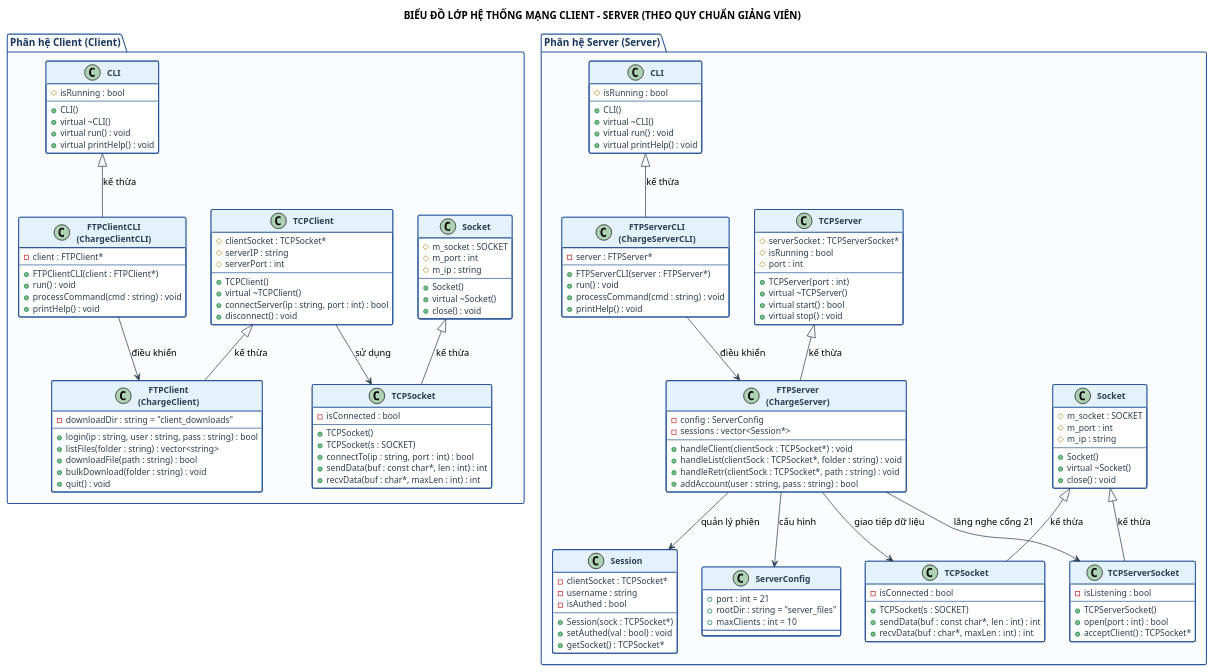
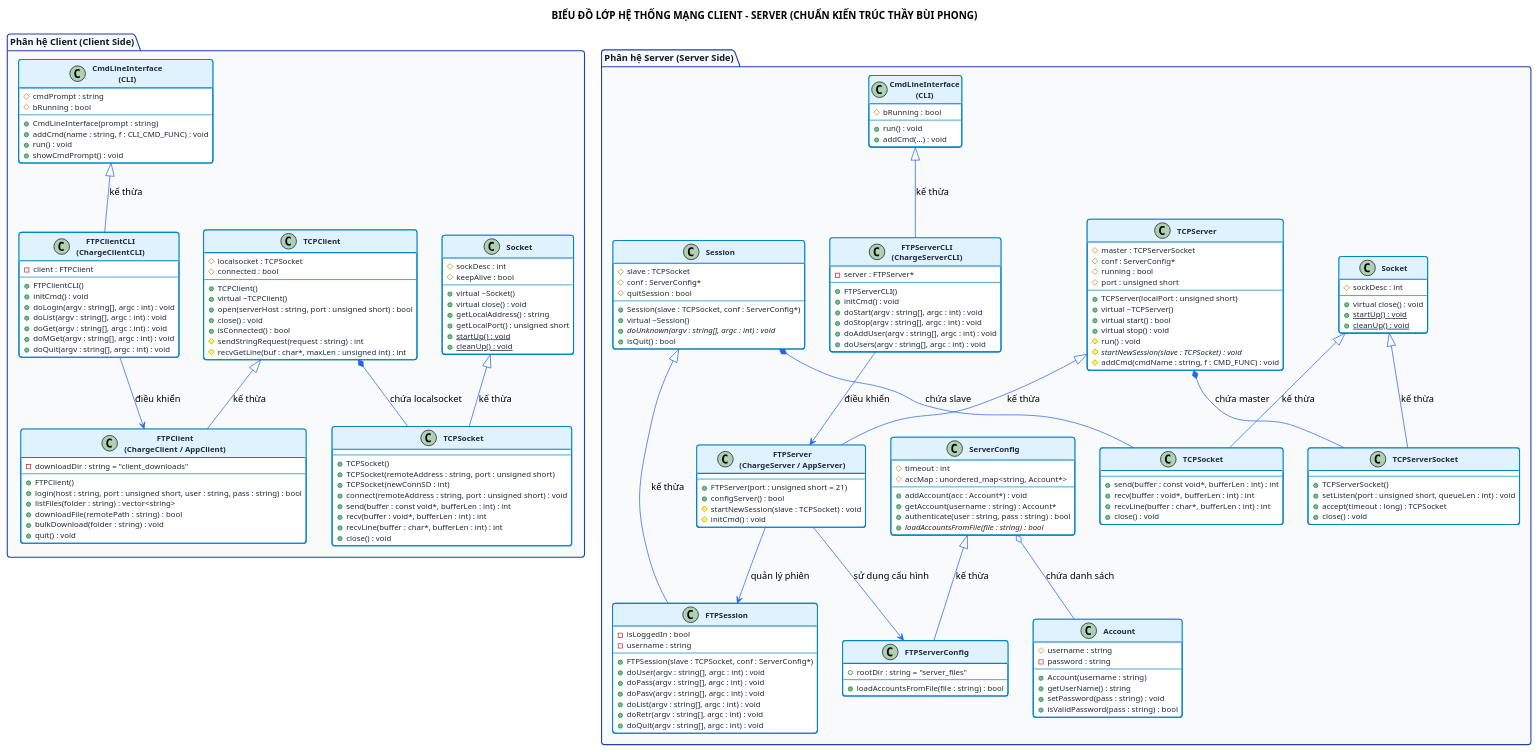
Before and after one commit to leminhtuk69huce-bit/DoAnLTMHT: the diagram in docs/BieuDoLop_YeuCauCuaThay.puml, drawn with PlantUML. The commit also changed 36 other files, not shown here.

Commit message:
Refactor: Chuyen doi 100% sang framework Socket va CLI huong doi tuong cua Thay, cap nhat bieu do lop mau sang de doc, bo sung huong dan giai thich cho thay

```diff
--- a/docs/BieuDoLop_YeuCauCuaThay.puml
+++ b/docs/BieuDoLop_YeuCauCuaThay.puml
@@ -1,198 +1,246 @@
 @startuml
-skinparam defaultFontName "Times New Roman"
-skinparam classFontSize 13
-skinparam classAttributeFontSize 12
-skinparam packageFontSize 14
-skinparam roundCorner 5
+skinparam defaultFontName "Segoe UI"
+skinparam classFontSize 12
+skinparam classAttributeFontSize 11
+skinparam packageFontSize 13
+skinparam roundCorner 8
 skinparam shadowing false
 skinparam classFontStyle bold
 
 skinparam package {
-    BorderColor #2B579A
+    BorderColor #1E40AF
     BorderThickness 1.5
-    FontSize 14
+    FontSize 13
     FontStyle bold
-    BackgroundColor #FAFCFE
-    FontColor #1B365D
+    BackgroundColor #F8FAFC
+    FontColor #0F172A
 }
 
 skinparam class {
     BackgroundColor #FFFFFF
-    ArrowColor #2C3E50
-    BorderColor #2B579A
+    ArrowColor #2563EB
+    BorderColor #0284C7
     BorderThickness 1.5
-    HeaderBackgroundColor #E3F2FD
-    FontColor #0D47A1
-    AttributeFontColor #2C3E50
-    AttributeFontSize 12
+    HeaderBackgroundColor #E0F2FE
+    FontColor #0C4A6E
+    AttributeFontColor #1E293B
+    AttributeFontSize 11
 }
 
-title BIỂU ĐỒ LỚP HỆ THỐNG MẠNG CLIENT - SERVER (THEO QUY CHUẨN GIẢNG VIÊN)
+title BIỂU ĐỒ LỚP HỆ THỐNG MẠNG CLIENT - SERVER (CHUẨN KIẾN TRÚC THẦY BÙI PHONG)
 
 ' ========================================================
 ' PHÂN HỆ CLIENT
 ' ========================================================
-package "Phân hệ Client (Client)" {
+package "Phân hệ Client (Client Side)" {
     class Socket as "Socket" {
-        # m_socket : SOCKET
-        # m_port : int
-        # m_ip : string
+        # sockDesc : int
+        # keepAlive : bool
         --
-        + Socket()
         + virtual ~Socket()
+        + virtual close() : void
+        + getLocalAddress() : string
+        + getLocalPort() : unsigned short
+        + {static} startUp() : void
+        + {static} cleanUp() : void
+    }
+
+    class TCPSocket as "TCPSocket" {
+        --
+        + TCPSocket()
+        + TCPSocket(remoteAddress : string, port : unsigned short)
+        + TCPSocket(newConnSD : int)
+        + connect(remoteAddress : string, port : unsigned short) : void
+        + send(buffer : const void*, bufferLen : int) : int
+        + recv(buffer : void*, bufferLen : int) : int
+        + recvLine(buffer : char*, bufferLen : int) : int
         + close() : void
     }
 
-    class TCPSocket as "TCPSocket" {
-        - isConnected : bool
-        --
-        + TCPSocket()
-        + TCPSocket(s : SOCKET)
-        + connectTo(ip : string, port : int) : bool
-        + sendData(buf : const char*, len : int) : int
-        + recvData(buf : char*, maxLen : int) : int
-    }
-
     class TCPClient as "TCPClient" {
-        # clientSocket : TCPSocket*
-        # serverIP : string
-        # serverPort : int
+        # localsocket : TCPSocket
+        # connected : bool
         --
         + TCPClient()
         + virtual ~TCPClient()
-        + connectServer(ip : string, port : int) : bool
-        + disconnect() : void
+        + open(serverHost : string, port : unsigned short) : bool
+        + close() : void
+        + isConnected() : bool
+        # sendStringRequest(request : string) : int
+        # recvGetLine(buf : char*, maxLen : unsigned int) : int
     }
 
-    class ChargeClient as "FTPClient\n(ChargeClient)" {
+    class FTPClient as "FTPClient\n(ChargeClient / AppClient)" {
         - downloadDir : string = "client_downloads"
         --
-        + login(ip : string, user : string, pass : string) : bool
+        + FTPClient()
+        + login(host : string, port : unsigned short, user : string, pass : string) : bool
         + listFiles(folder : string) : vector<string>
-        + downloadFile(path : string) : bool
+        + downloadFile(remotePath : string) : bool
         + bulkDownload(folder : string) : void
         + quit() : void
     }
 
-    class CLI as "CLI" {
-        # isRunning : bool
+    class CLI as "CmdLineInterface\n(CLI)" {
+        # cmdPrompt : string
+        # bRunning : bool
         --
-        + CLI()
-        + virtual ~CLI()
-        + virtual run() : void
-        + virtual printHelp() : void
+        + CmdLineInterface(prompt : string)
+        + addCmd(name : string, f : CLI_CMD_FUNC) : void
+        + run() : void
+        + showCmdPrompt() : void
     }
 
-    class ChargeClientCLI as "FTPClientCLI\n(ChargeClientCLI)" {
-        - client : FTPClient*
+    class FTPClientCLI as "FTPClientCLI\n(ChargeClientCLI)" {
+        - client : FTPClient
         --
-        + FTPClientCLI(client : FTPClient*)
-        + run() : void
-        + processCommand(cmd : string) : void
-        + printHelp() : void
+        + FTPClientCLI()
+        + initCmd() : void
+        + doLogin(argv : string[], argc : int) : void
+        + doList(argv : string[], argc : int) : void
+        + doGet(argv : string[], argc : int) : void
+        + doMGet(argv : string[], argc : int) : void
+        + doQuit(argv : string[], argc : int) : void
     }
 
     Socket <|-- TCPSocket : kế thừa
-    TCPClient --> TCPSocket : sử dụng
-    TCPClient <|-- ChargeClient : kế thừa
-    CLI <|-- ChargeClientCLI : kế thừa
-    ChargeClientCLI --> ChargeClient : điều khiển
+    TCPClient *-- TCPSocket : chứa localsocket
+    TCPClient <|-- FTPClient : kế thừa
+    CLI <|-- FTPClientCLI : kế thừa
+    FTPClientCLI --> FTPClient : điều khiển
 }
 
 ' ========================================================
 ' PHÂN HỆ SERVER
 ' ========================================================
-package "Phân hệ Server (Server)" {
+package "Phân hệ Server (Server Side)" {
     class ServerSocketBase as "Socket" {
-        # m_socket : SOCKET
-        # m_port : int
-        # m_ip : string
+        # sockDesc : int
         --
-        + Socket()
-        + virtual ~Socket()
+        + virtual close() : void
+        + {static} startUp() : void
+        + {static} cleanUp() : void
+    }
+
+    class ServerTCPSocket as "TCPSocket" {
+        --
+        + send(buffer : const void*, bufferLen : int) : int
+        + recv(buffer : void*, bufferLen : int) : int
+        + recvLine(buffer : char*, bufferLen : int) : int
         + close() : void
     }
 
-    class ServerTCPSocket as "TCPSocket" {
-        - isConnected : bool
-        --
-        + TCPSocket(s : SOCKET)
-        + sendData(buf : const char*, len : int) : int
-        + recvData(buf : char*, maxLen : int) : int
-    }
-
     class TCPServerSocket as "TCPServerSocket" {
-        - isListening : bool
         --
         + TCPServerSocket()
-        + open(port : int) : bool
-        + acceptClient() : TCPSocket*
+        + setListen(port : unsigned short, queueLen : int) : void
+        + accept(timeout : long) : TCPSocket
+        + close() : void
     }
 
     class TCPServer as "TCPServer" {
-        # serverSocket : TCPServerSocket*
-        # isRunning : bool
-        # port : int
+        # master : TCPServerSocket
+        # conf : ServerConfig*
+        # running : bool
+        # port : unsigned short
         --
-        + TCPServer(port : int)
+        + TCPServer(localPort : unsigned short)
         + virtual ~TCPServer()
         + virtual start() : bool
         + virtual stop() : void
+        # run() : void
+        # {abstract} startNewSession(slave : TCPSocket) : void
+        # addCmd(cmdName : string, f : CMD_FUNC) : void
     }
 
-    class ChargeServer as "FTPServer\n(ChargeServer)" {
-        - config : ServerConfig
-        - sessions : vector<Session*>
+    class FTPServer as "FTPServer\n(ChargeServer / AppServer)" {
         --
-        + handleClient(clientSock : TCPSocket*) : void
-        + handleList(clientSock : TCPSocket*, folder : string) : void
-        + handleRetr(clientSock : TCPSocket*, path : string) : void
-        + addAccount(user : string, pass : string) : bool
-    }
-
-    class ServerCLI as "CLI" {
-        # isRunning : bool
-        --
-        + CLI()
-        + virtual ~CLI()
-        + virtual run() : void
-        + virtual printHelp() : void
-    }
-
-    class ChargeServerCLI as "FTPServerCLI\n(ChargeServerCLI)" {
-        - server : FTPServer*
-        --
-        + FTPServerCLI(server : FTPServer*)
-        + run() : void
-        + processCommand(cmd : string) : void
-        + printHelp() : void
+        + FTPServer(port : unsigned short = 21)
+        + configServer() : bool
+        # startNewSession(slave : TCPSocket) : void
+        # initCmd() : void
     }
 
     class Session as "Session" {
-        - clientSocket : TCPSocket*
+        # slave : TCPSocket
+        # conf : ServerConfig*
+        # quitSession : bool
+        --
+        + Session(slave : TCPSocket, conf : ServerConfig*)
+        + virtual ~Session()
+        + {abstract} doUnknown(argv : string[], argc : int) : void
+        + isQuit() : bool
+    }
+
+    class FTPSession as "FTPSession" {
+        - isLoggedIn : bool
         - username : string
-        - isAuthed : bool
         --
-        + Session(sock : TCPSocket*)
-        + setAuthed(val : bool) : void
-        + getSocket() : TCPSocket*
+        + FTPSession(slave : TCPSocket, conf : ServerConfig*)
+        + doUser(argv : string[], argc : int) : void
+        + doPass(argv : string[], argc : int) : void
+        + doPasv(argv : string[], argc : int) : void
+        + doList(argv : string[], argc : int) : void
+        + doRetr(argv : string[], argc : int) : void
+        + doQuit(argv : string[], argc : int) : void
+    }
+
+    class Account as "Account" {
+        # username : string
+        - password : string
+        --
+        + Account(username : string)
+        + getUserName() : string
+        + setPassword(pass : string) : void
+        + isValidPassword(pass : string) : bool
     }
 
     class ServerConfig as "ServerConfig" {
-        + port : int = 21
+        # timeout : int
+        # accMap : unordered_map<string, Account*>
+        --
+        + addAccount(acc : Account*) : void
+        + getAccount(username : string) : Account*
+        + authenticate(user : string, pass : string) : bool
+        + {abstract} loadAccountsFromFile(file : string) : bool
+    }
+
+    class FTPServerConfig as "FTPServerConfig" {
         + rootDir : string = "server_files"
-        + maxClients : int = 10
+        --
+        + loadAccountsFromFile(file : string) : bool
+    }
+
+    class ServerCLI as "CmdLineInterface\n(CLI)" {
+        # bRunning : bool
+        --
+        + run() : void
+        + addCmd(...) : void
+    }
+
+    class FTPServerCLI as "FTPServerCLI\n(ChargeServerCLI)" {
+        - server : FTPServer*
+        --
+        + FTPServerCLI()
+        + initCmd() : void
+        + doStart(argv : string[], argc : int) : void
+        + doStop(argv : string[], argc : int) : void
+        + doAddUser(argv : string[], argc : int) : void
+        + doUsers(argv : string[], argc : int) : void
     }
 
     ServerSocketBase <|-- ServerTCPSocket : kế thừa
     ServerSocketBase <|-- TCPServerSocket : kế thừa
-    TCPServer <|-- ChargeServer : kế thừa
-    ChargeServer --> TCPServerSocket : lắng nghe cổng 21
-    ChargeServer --> ServerTCPSocket : giao tiếp dữ liệu
-    ChargeServer --> Session : quản lý phiên
-    ChargeServer --> ServerConfig : cấu hình
-    ServerCLI <|-- ChargeServerCLI : kế thừa
-    ChargeServerCLI --> ChargeServer : điều khiển
+    TCPServer *-- TCPServerSocket : chứa master
+    TCPServer <|-- FTPServer : kế thừa
+    Session *-- ServerTCPSocket : chứa slave
+    Session <|-- FTPSession : kế thừa
+    ServerConfig o-- Account : chứa danh sách
+    ServerConfig <|-- FTPServerConfig : kế thừa
+    FTPServer --> FTPServerConfig : sử dụng cấu hình
+    FTPServer --> FTPSession : quản lý phiên
+    ServerCLI <|-- FTPServerCLI : kế thừa
+    FTPServerCLI --> FTPServer : điều khiển
 }
 
 @enduml
```
